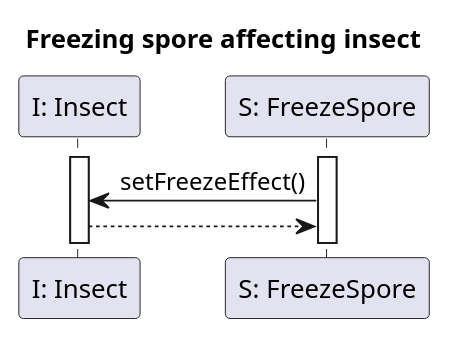
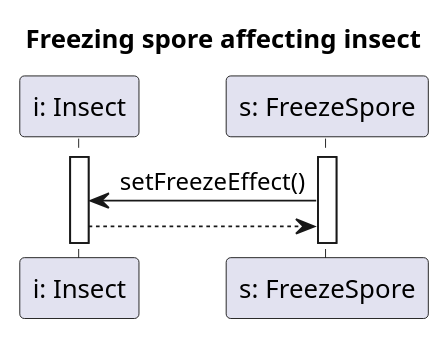
Before and after one commit to Klastiv/Projlab_nullpointerexception: the diagram in diagrams/diagramFiles/SQ_SporeAffectsInsectWithFreeze.puml, drawn with PlantUML. The commit also changed 17 other files, not shown here.

Commit message:
SQ diagrams all small letterts and made fine

```diff
--- a/diagrams/diagramFiles/SQ_SporeAffectsInsectWithFreeze.puml
+++ b/diagrams/diagramFiles/SQ_SporeAffectsInsectWithFreeze.puml
@@ -1,14 +1,14 @@
 @startuml InsectSpeedUp
 
 title Freezing spore affecting insect
 
-participant "I: Insect" as I
-participant "S: FreezeSpore" as Sp
+participant "i: Insect" as I
+participant "s: FreezeSpore" as Sp
 
 activate I
 activate Sp
 
 Sp -> I : setFreezeEffect()
 I --> Sp
 
 @enduml
```
